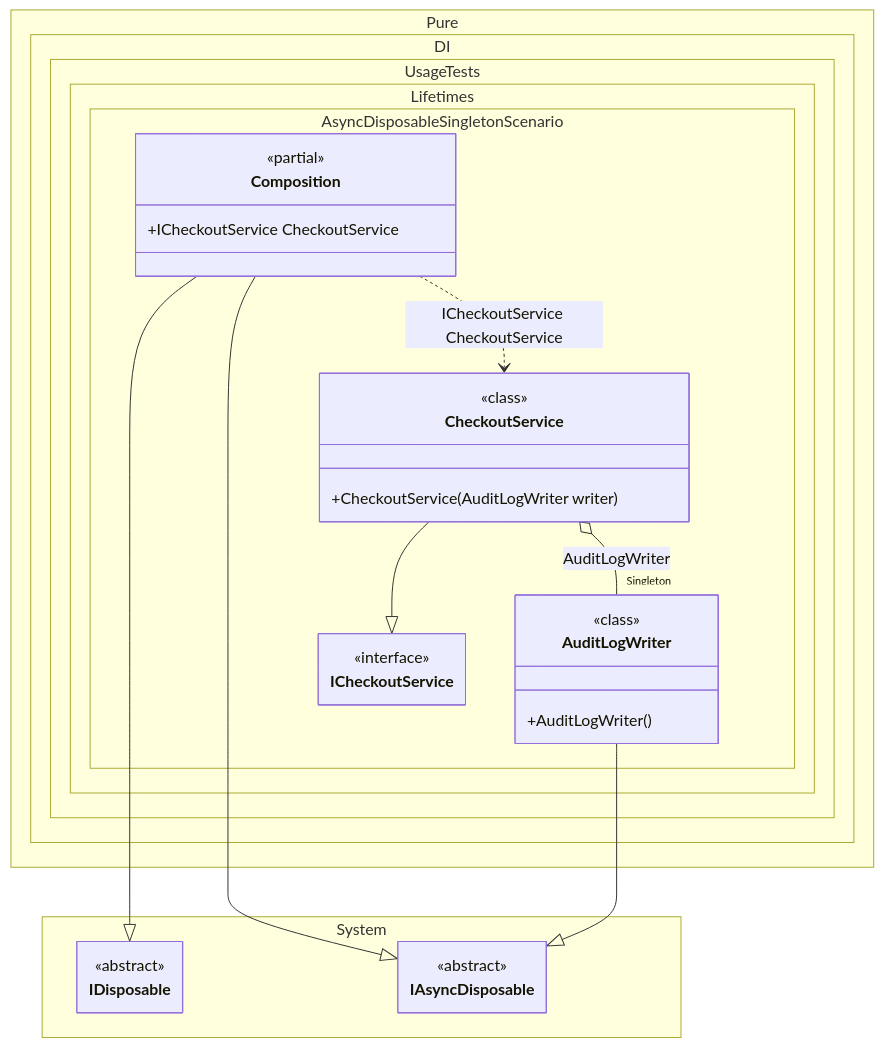
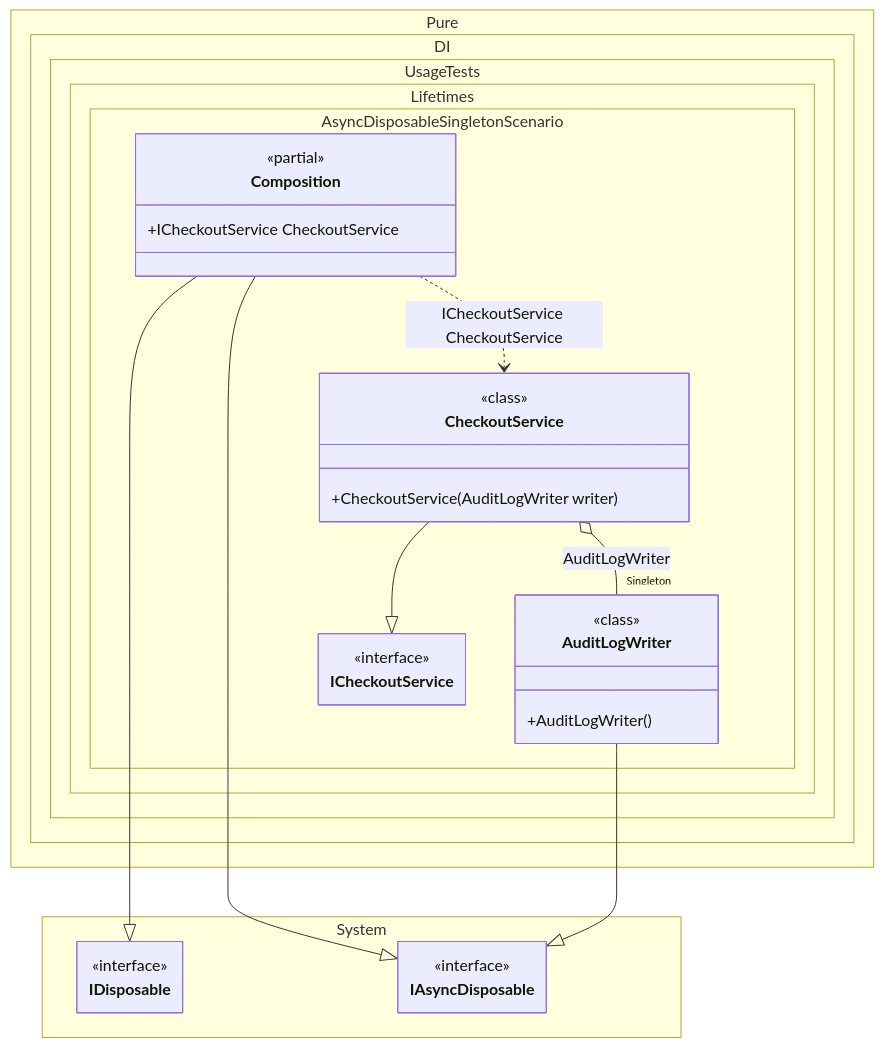
Before and after one commit to MaiKuraki/Pure.DI: the diagram in readme/async-disposable-singleton.md, drawn with Mermaid. The commit also changed other lines of this file and 152 other files, not shown here.

````diff
--- a/readme/async-disposable-singleton.md
+++ b/readme/async-disposable-singleton.md
@@ -213,41 +213,39 @@
 ```mermaid
 ---
  config:
-  maxTextSize: 2147483647
-  maxEdges: 2147483647
   class:
    hideEmptyMembersBox: true
 ---
 classDiagram
 	Composition --|> IDisposable
 	Composition --|> IAsyncDisposable
 	AuditLogWriter --|> IAsyncDisposable
 	CheckoutService --|> ICheckoutService
 	Composition ..> CheckoutService : ICheckoutService CheckoutService
 	CheckoutService o-- "Singleton" AuditLogWriter : AuditLogWriter
 	namespace Pure.DI.UsageTests.Lifetimes.AsyncDisposableSingletonScenario {
 		class AuditLogWriter {
 				<<class>>
 			+AuditLogWriter()
 		}
 		class CheckoutService {
 				<<class>>
 			+CheckoutService(AuditLogWriter writer)
 		}
 		class Composition {
 		<<partial>>
 		+ICheckoutService CheckoutService
 		}
 		class ICheckoutService {
 			<<interface>>
 		}
 	}
 	namespace System {
 		class IAsyncDisposable {
-			<<abstract>>
+			<<interface>>
 		}
 		class IDisposable {
-			<<abstract>>
+			<<interface>>
 		}
 	}
 ```
````
